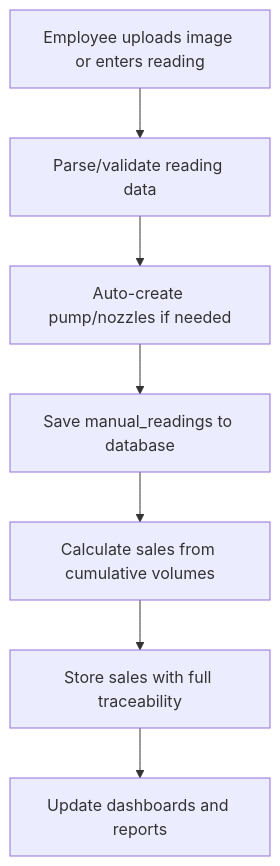
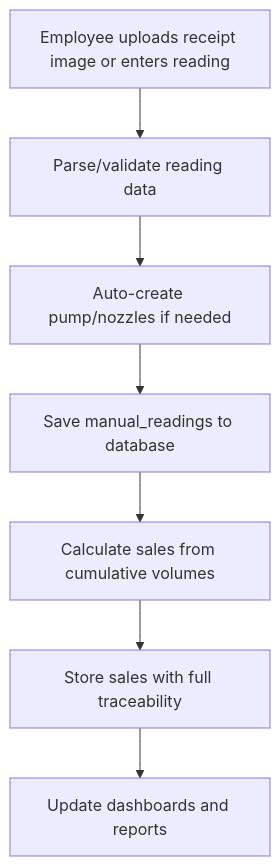
The diagram in docs/multi-tenant-architecture.md (iamramakanthreddyk/fuelsync-new), drawn with Mermaid before and after one commit. The commit also changed other lines of this file and 4 other files, not shown here.

````diff
--- a/docs/multi-tenant-architecture.md
+++ b/docs/multi-tenant-architecture.md
@@ -35,9 +35,9 @@
 ```mermaid
 graph TD
-    A[Employee uploads image or enters reading] --> B[Parse/validate reading data]
+A[Employee uploads receipt image or enters reading] --> B[Parse/validate reading data]
     B --> C[Auto-create pump/nozzles if needed]
     C --> D[Save manual_readings to database]
     D --> E[Calculate sales from cumulative volumes]
     E --> F[Store sales with full traceability]
     F --> G[Update dashboards and reports]
 ```
````
